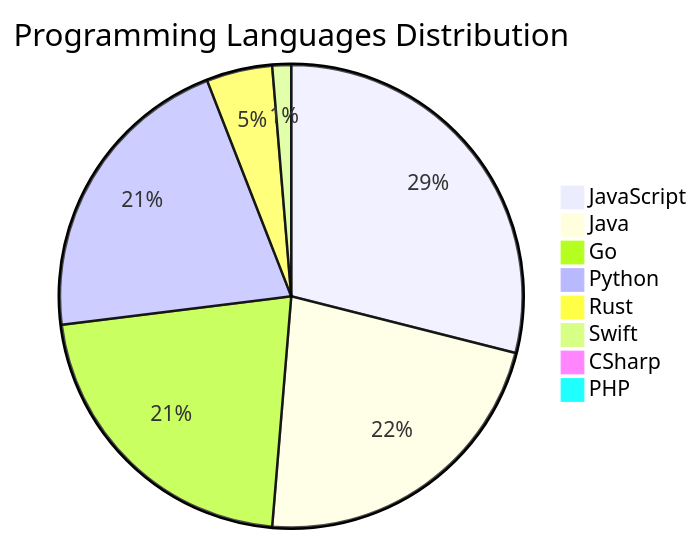
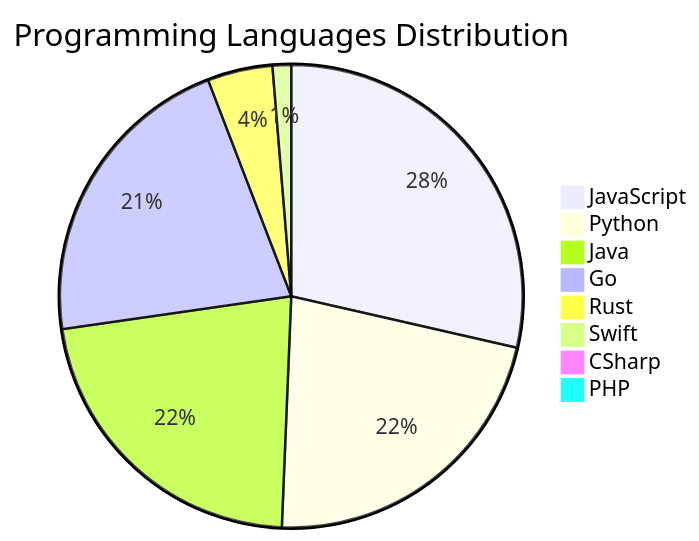
Before and after one commit to Derrick-MUGISHA/github-activity-bot: the diagram in README.md, drawn with Mermaid. The commit also changed other lines of this file and 4 other files, not shown here.

````diff
--- a/README.md
+++ b/README.md
@@ -208,11 +208,11 @@
 ```mermaid
 pie title Programming Languages Distribution
     "JavaScript" : 44
+    "Python" : 34
     "Java" : 34
     "Go" : 33
-    "Python" : 32
     "Rust" : 7
     "Swift" : 2
     "CSharp" : 1
     "PHP" : 1
 ```
````
